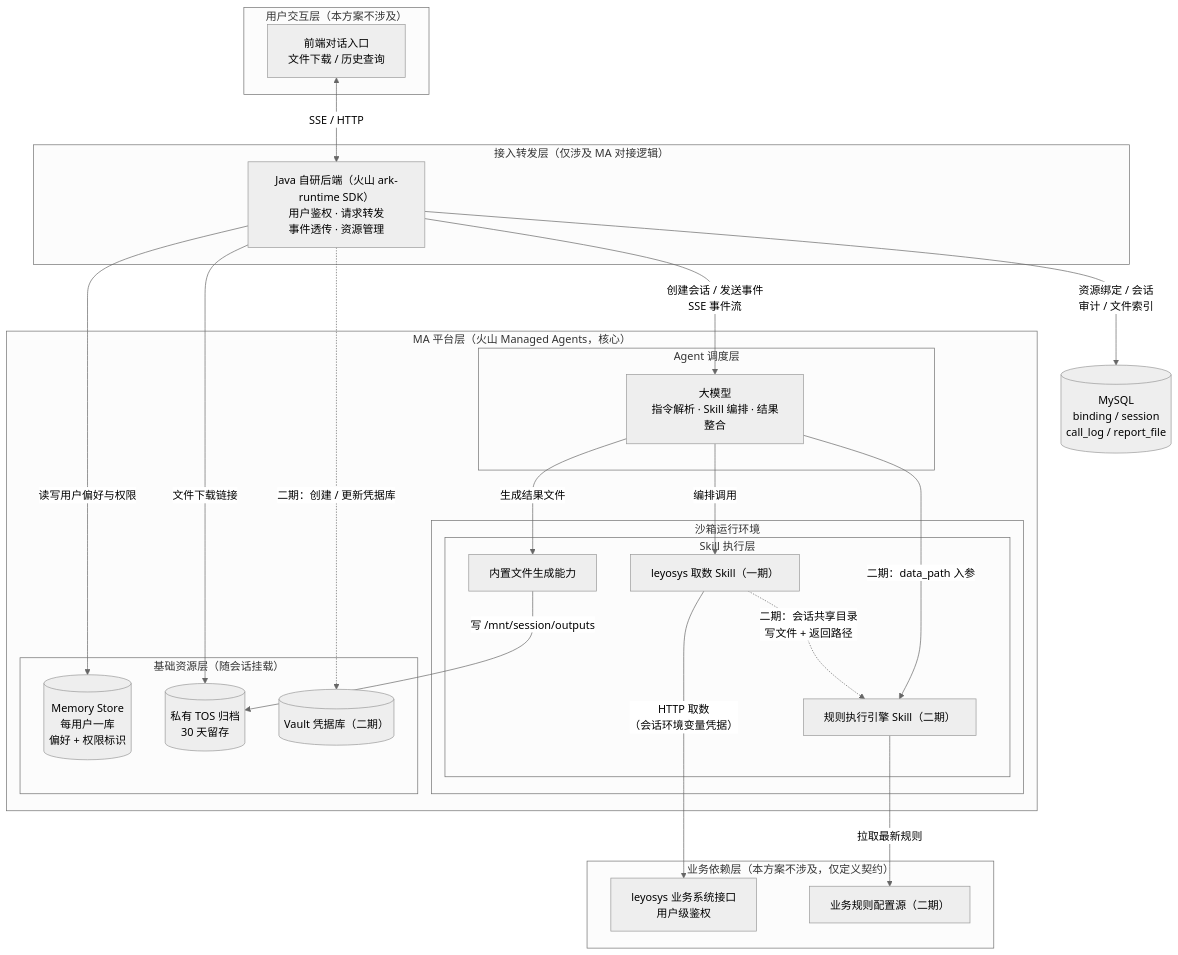
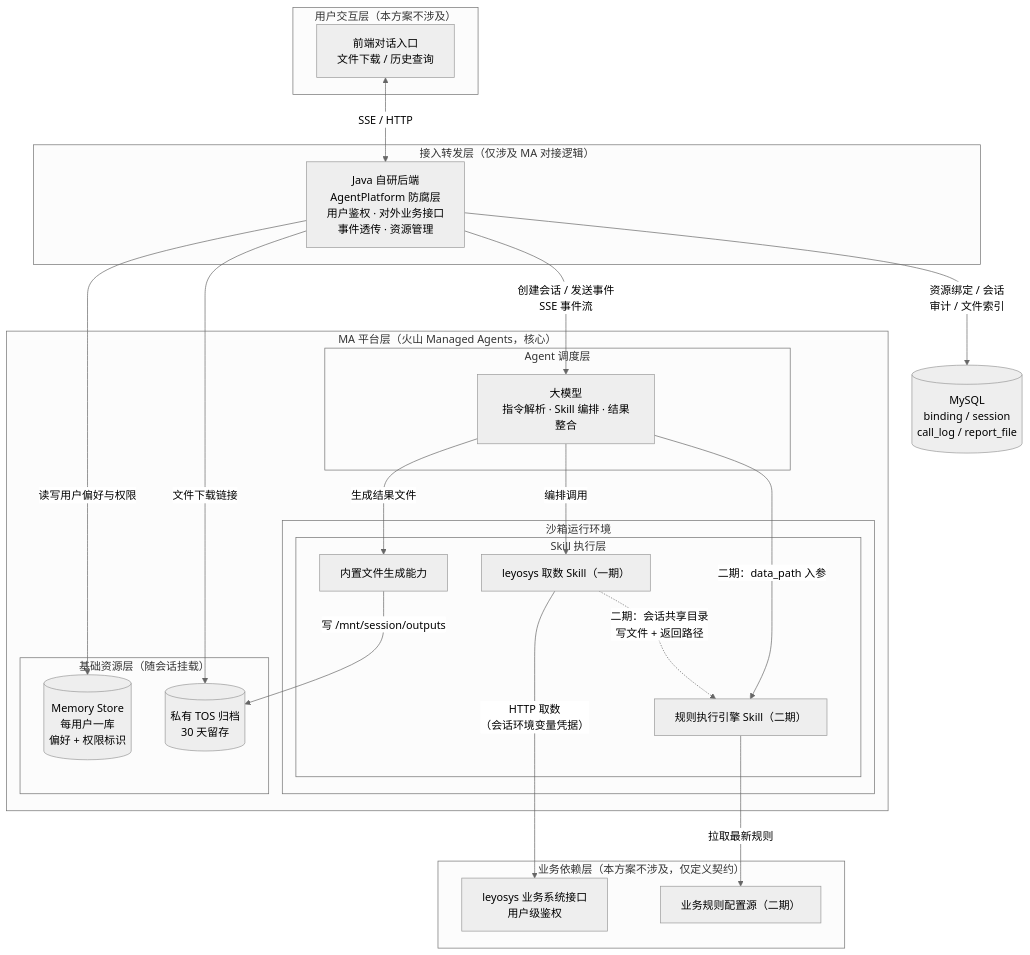
One commit to NagiZ/volcane-demo changed the diagram in docs/调研文档/managed-agents-goods-analysis-design.md. Above: the diagram before and after it, drawn with Mermaid (neutral theme). The commit also changed other lines of this file, not shown here.

Commit message:
docs: 技术方案平台解耦（火山/百炼/腾讯 ADP）并移除 Vault

````diff
--- a/docs/调研文档/managed-agents-goods-analysis-design.md
+++ b/docs/调研文档/managed-agents-goods-analysis-design.md
@@ -127,52 +128,49 @@
 ```mermaid
 flowchart TB
     subgraph L1["用户交互层（本方案不涉及）"]
         FE["前端对话入口<br/>文件下载 / 历史查询"]
     end
 
     subgraph L2["接入转发层（仅涉及 MA 对接逻辑）"]
-        JAVA["Java 自研后端（火山 ark-runtime SDK）<br/>用户鉴权 · 请求转发<br/>事件透传 · 资源管理"]
+        JAVA["Java 自研后端<br/>AgentPlatform 防腐层<br/>用户鉴权 · 对外业务接口<br/>事件透传 · 资源管理"]
     end
 
     subgraph L3["MA 平台层（火山 Managed Agents，核心）"]
         subgraph L3A["Agent 调度层"]
             LLM["大模型<br/>指令解析 · Skill 编排 · 结果整合"]
         end
         subgraph SBX["沙箱运行环境"]
             subgraph L3B["Skill 执行层"]
                 S1["leyosys 取数 Skill（一期）"]
                 S2["规则执行引擎 Skill（二期）"]
                 FGEN["内置文件生成能力"]
             end
         end
         subgraph L3C["基础资源层（随会话挂载）"]
             MS[("Memory Store<br/>每用户一库<br/>偏好 + 权限标识")]
             TOS[("私有 TOS 归档<br/>30 天留存")]
-            VAULT[("Vault 凭据库（二期）")]
         end
     end
 
     subgraph L4["业务依赖层（本方案不涉及，仅定义契约）"]
         LEY["leyosys 业务系统接口<br/>用户级鉴权"]
         RULE["业务规则配置源（二期）"]
     end
 
     DB[("MySQL<br/>binding / session<br/>call_log / report_file")]
 
     FE <-->|"SSE / HTTP"| JAVA
     JAVA -->|"创建会话 / 发送事件<br/>SSE 事件流"| LLM
     JAVA -->|"读写用户偏好与权限"| MS
     JAVA -->|"资源绑定 / 会话<br/>审计 / 文件索引"| DB
     JAVA -->|"文件下载链接"| TOS
-    JAVA -.->|"二期：创建 / 更新凭据库"| VAULT
-
     LLM -->|"编排调用"| S1
     LLM -->|"二期：data_path 入参"| S2
     LLM -->|"生成结果文件"| FGEN
 
     S1 -->|"HTTP 取数<br/>（会话环境变量凭据）"| LEY
     S2 -->|"拉取最新规则"| RULE
     FGEN -->|"写 /mnt/session/outputs"| TOS
 
     S1 -.->|"二期：会话共享目录<br/>写文件 + 返回路径"| S2
 ```
````
